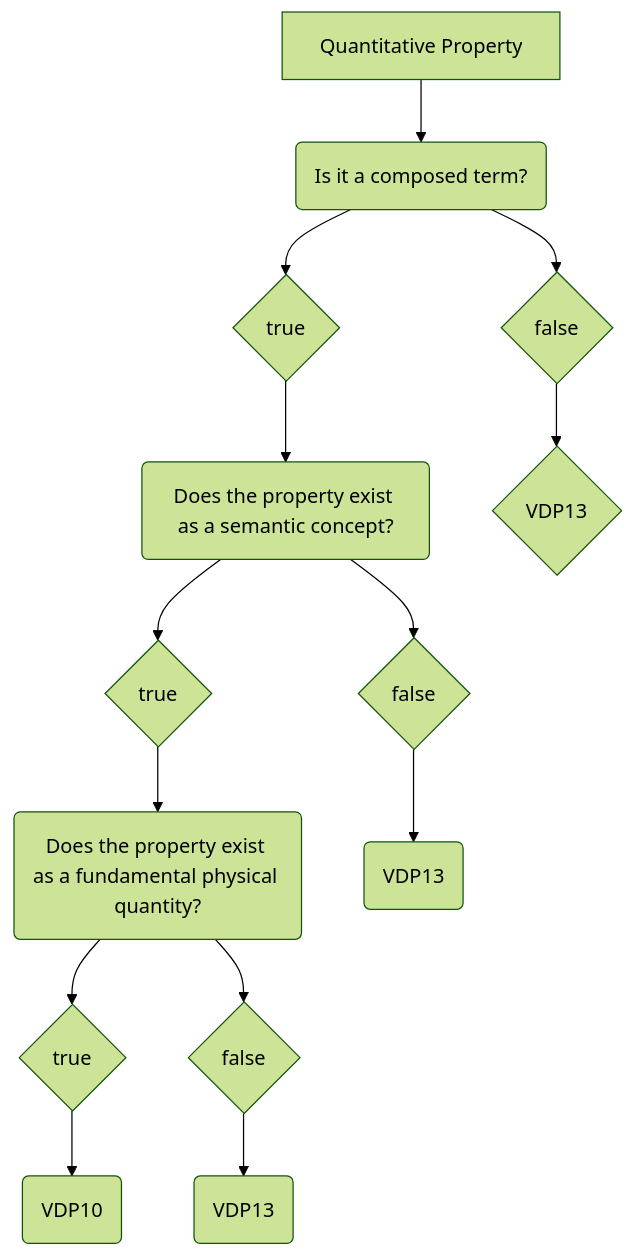
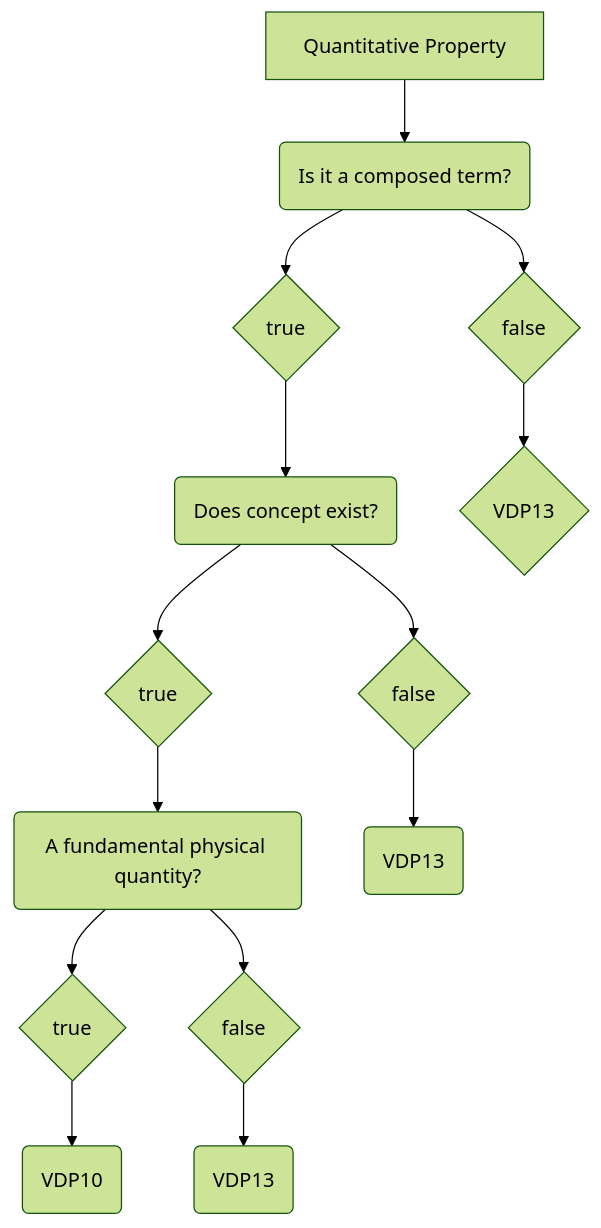
Before and after one commit to mabablue/I-ADOPT-patterns-playground: the diagram in Decisition_trees/DT1.mmd, drawn with Mermaid (forest theme).

```diff
--- a/Decisition_trees/DT1.mmd
+++ b/Decisition_trees/DT1.mmd
@@ -1,14 +1,14 @@
 flowchart TD
     A[Quantitative Property] --> B(Is it a composed term?)
     B --> C{true}
     B --> D{false}
-    C --> E(Does the property exist as a semantic concept?) 
+    C --> E(Does concept exist?) 
     E --> F{true}
     E --> G{false}
-    F --> H(Does the property exist as a fundamental physical quantity?)
+    F --> H(A fundamental physical quantity?)
     D --> I{VDP13} 
     G --> J(VDP13)
     H --> L{true}
     L --> M(VDP10)
     H --> N{false}
     N --> O(VDP13)
```
